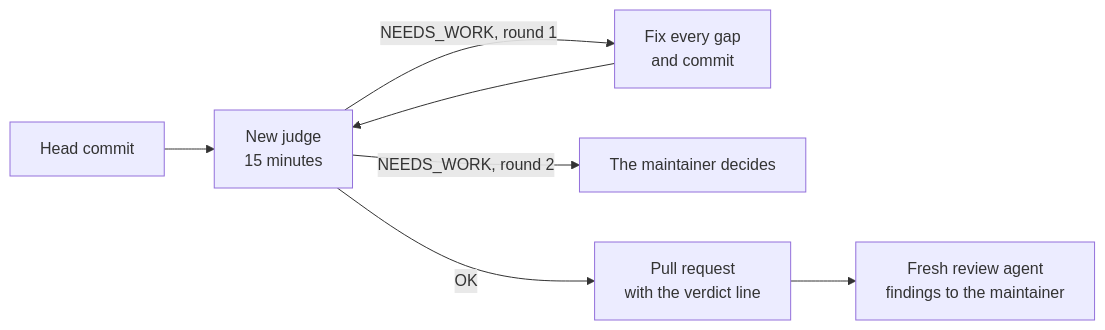
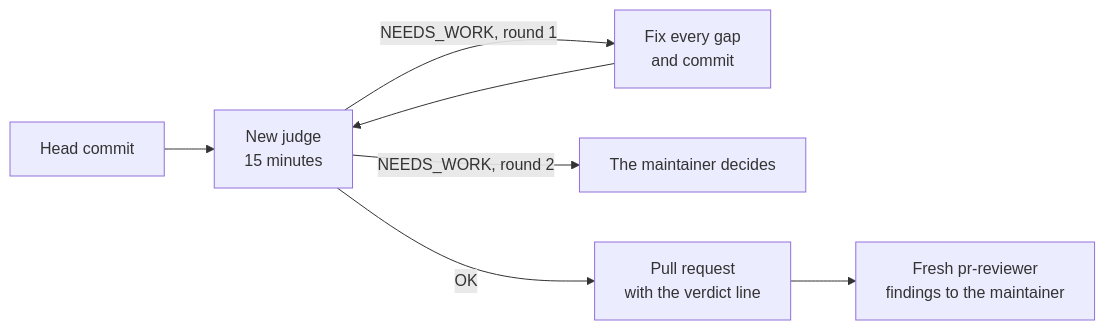
Before and after one commit to mboisnard/drinkit: the diagram in docs/src/engineering/coding-assistants/sub-agents.md, drawn with Mermaid. The commit also changed other lines of this file and 3 other files, not shown here.

````diff
--- a/docs/src/engineering/coding-assistants/sub-agents.md
+++ b/docs/src/engineering/coding-assistants/sub-agents.md
@@ -28,9 +33,9 @@
 ```mermaid
 flowchart LR
   commit[Head commit] --> judge[New judge<br/>15 minutes]
   judge -->|NEEDS_WORK, round 1| fix[Fix every gap<br/>and commit]
   fix --> judge
   judge -->|NEEDS_WORK, round 2| maintainer[The maintainer decides]
   judge -->|OK| pr[Pull request<br/>with the verdict line]
-  pr --> review[Fresh review agent<br/>findings to the maintainer]
+  pr --> review[Fresh pr-reviewer<br/>findings to the maintainer]
 ```
````
